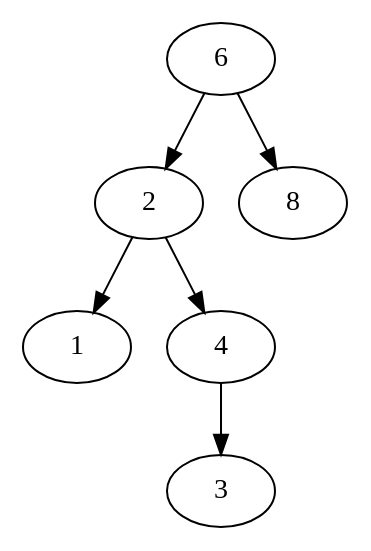
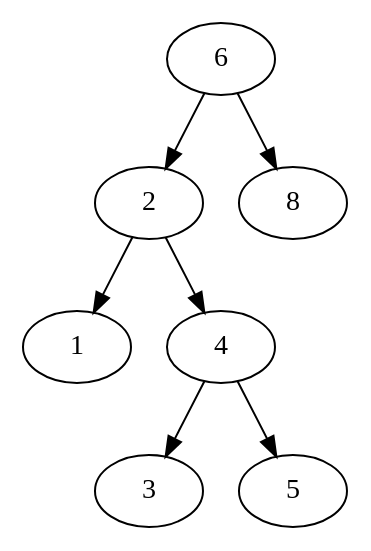
Before and after one commit to J-Machine/Lab07_Arboles_AVL: the diagram in arbolito.dot, drawn with Graphviz. The commit also changed 2 other files, not shown here.

```diff
--- a/arbolito.dot
+++ b/arbolito.dot
@@ -1,7 +1,8 @@
 digraph Figura { 
 6 -> 2;
 2 -> 1;
 2 -> 4;
 4 -> 3;
+4 -> 5;
 6 -> 8;
 }
```
